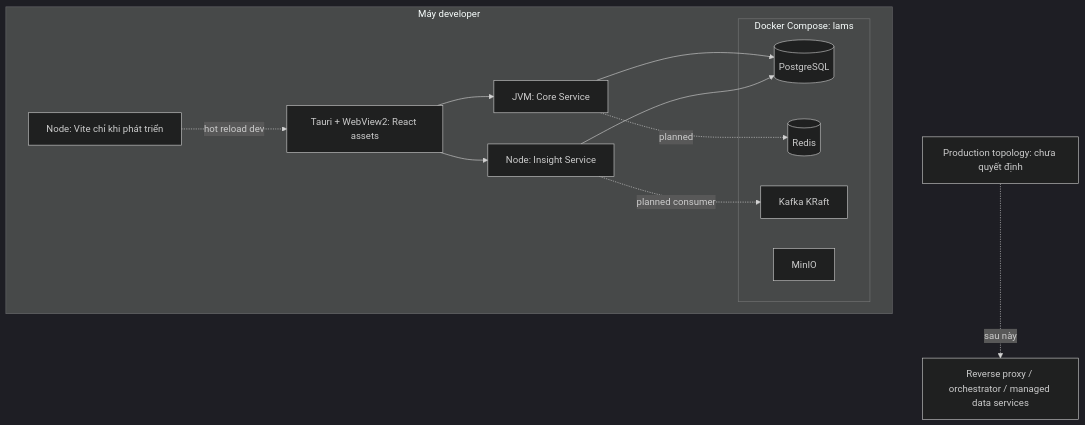
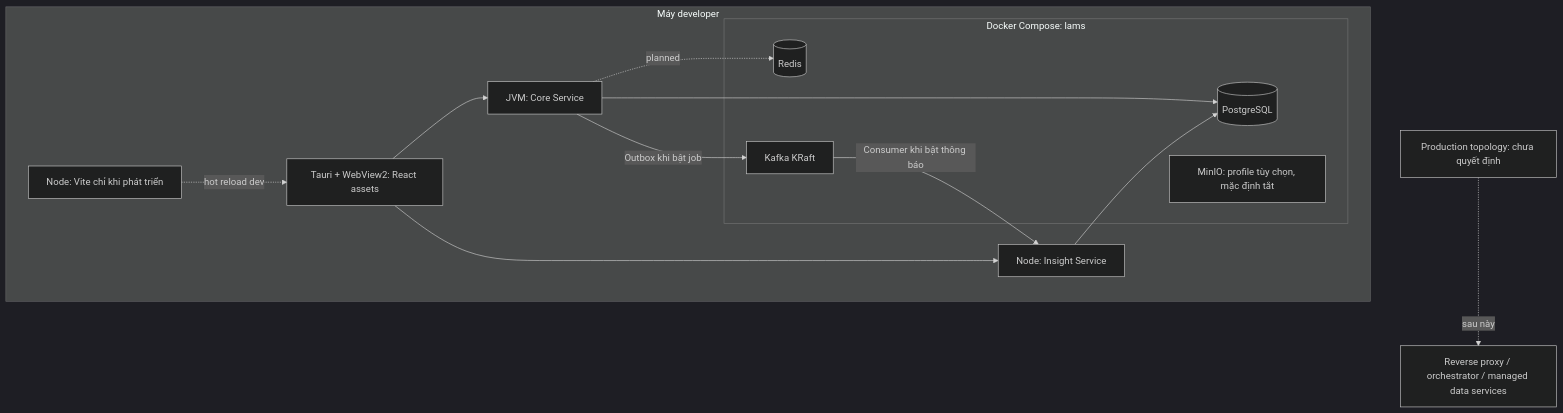
One commit to Shuuma4869/He-thong-quan-ly-va-khai-thac-thu-vien changed the diagram in tai-lieu/02-kien-truc/deployment-diagram.md. Above: the diagram before and after it, drawn with Mermaid (dark theme). The commit also changed 2 other files, not shown here.

Commit message:
Cập nhật kiến trúc theo luồng sự kiện và tìm kiếm đã triển khai

````diff
--- a/tai-lieu/02-kien-truc/deployment-diagram.md
+++ b/tai-lieu/02-kien-truc/deployment-diagram.md
@@ -7,23 +7,24 @@
 ```mermaid
 flowchart TB
   subgraph Laptop[Máy developer]
     FE[Tauri + WebView2: React assets]
     Vite[Node: Vite chỉ khi phát triển]
     Core[JVM: Core Service]
     Insight[Node: Insight Service]
     subgraph Docker[Docker Compose: lams]
       PG[(PostgreSQL)]
       Redis[(Redis)]
       Kafka[Kafka KRaft]
-      MinIO[MinIO]
+      MinIO[MinIO: profile tùy chọn, mặc định tắt]
     end
     Vite -.hot reload dev.-> FE
     FE --> Core
     FE --> Insight
     Core --> PG
     Insight --> PG
     Core -.planned.-> Redis
-    Insight -.planned consumer.-> Kafka
+    Core -->|Outbox khi bật job| Kafka
+    Kafka -->|Consumer khi bật thông báo| Insight
   end
   Prod[Production topology: chưa quyết định] -.sau này.-> LB[Reverse proxy / orchestrator / managed data services]
 ```
````
